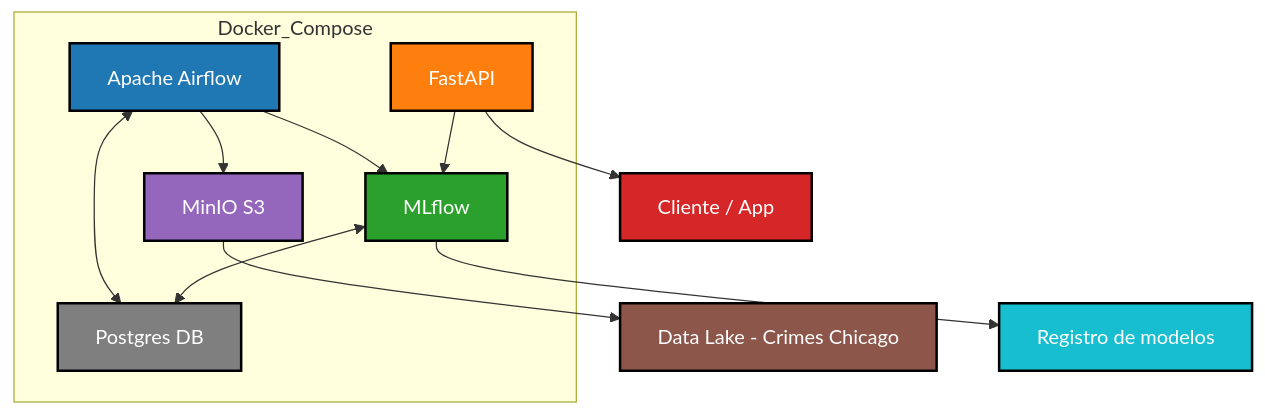
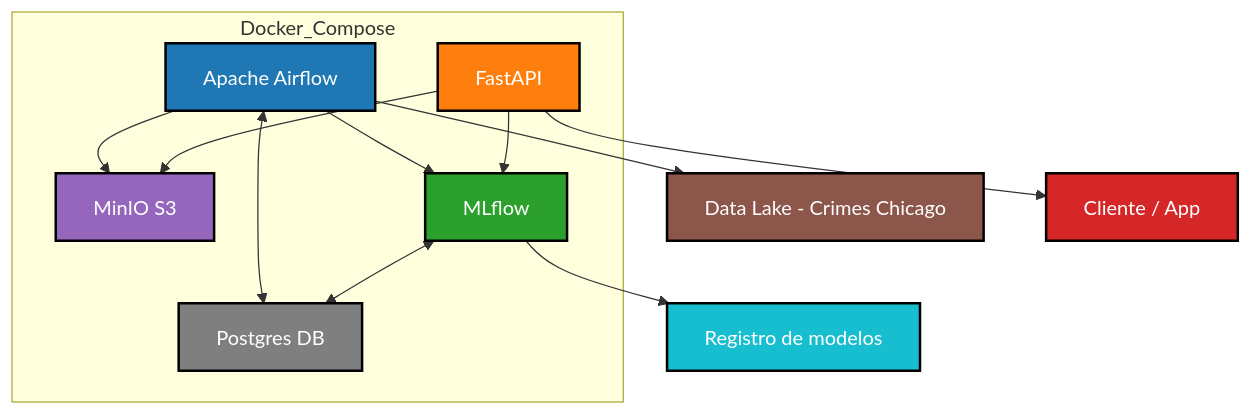
The first of 3 diagrams in README.md (gjmv/CEIA_2025_B3_MLOps1_TP), drawn with Mermaid before and after one commit. The commit also changed other lines of this file, not shown here.

````diff
--- a/README.md
+++ b/README.md
@@ -110,29 +110,31 @@
 ```mermaid
 flowchart TB
     subgraph Docker_Compose
         A[Apache Airflow]
         B["MinIO S3"]
         C[MLflow]
         D[FastAPI]
         H[Postgres DB]
     end
 
+    %% Relaciones principales
+    A --> E["Data Lake - Crimes Chicago"]
     A --> B
     A --> C
     A <--> H
     C <--> H
     D --> C
-    B --> E["Data Lake - Crimes Chicago"]
+    D --> B
     C --> F["Registro de modelos"]
     D --> G["Cliente / App"]
 
     %% Estilos
     style A fill:#1f77b4,stroke:#000,stroke-width:2px,color:#fff
     style B fill:#9467bd,stroke:#000,stroke-width:2px,color:#fff
     style C fill:#2ca02c,stroke:#000,stroke-width:2px,color:#fff
     style D fill:#ff7f0e,stroke:#000,stroke-width:2px,color:#fff
     style E fill:#8c564b,stroke:#000,stroke-width:2px,color:#fff
     style F fill:#17becf,stroke:#000,stroke-width:2px,color:#fff
     style G fill:#d62728,stroke:#000,stroke-width:2px,color:#fff
     style H fill:#7f7f7f,stroke:#000,stroke-width:2px,color:#fff
 ```
````
